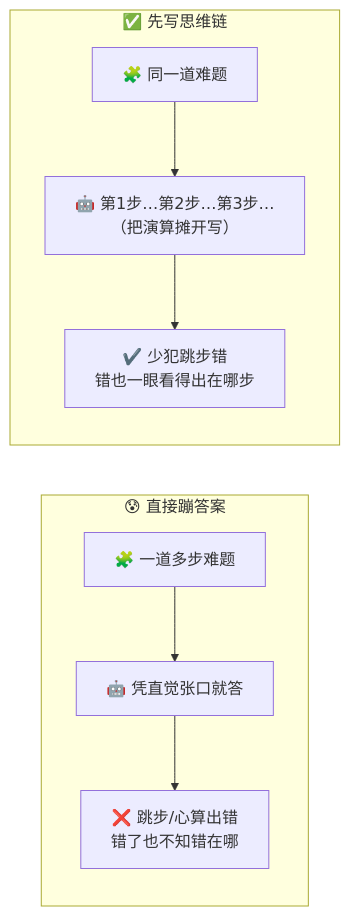
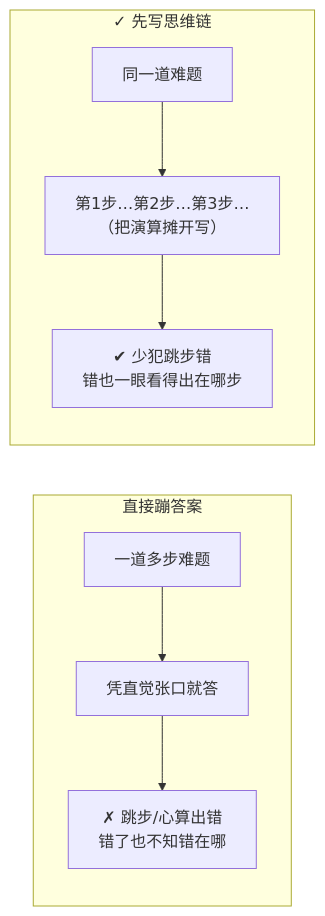
Before and after one commit to luckykhy/KhyAiHub: the first of 5 diagrams in docs/02_CONCEPTS_概念入门/CONCEPT/[CONCEPT-21] 什么是思维链-ChainOfThought.md, drawn with Mermaid. The commit also changed other lines of this file, not shown here.

````diff
--- a/docs/02_CONCEPTS_概念入门/CONCEPT/[CONCEPT-21] 什么是思维链-ChainOfThought.md
+++ b/docs/02_CONCEPTS_概念入门/CONCEPT/[CONCEPT-21] 什么是思维链-ChainOfThought.md
@@ -41,11 +41,11 @@
 ```mermaid
 flowchart LR
-  subgraph 直答["😰 直接蹦答案"]
-    Q1["🧩 一道多步难题"] --> A1["🤖 凭直觉张口就答"]
-    A1 --> BAD["❌ 跳步/心算出错<br/>错了也不知错在哪"]
+  subgraph 直答["直接蹦答案"]
+    Q1["一道多步难题"] --> A1["凭直觉张口就答"]
+    A1 --> BAD["✗ 跳步/心算出错<br/>错了也不知错在哪"]
   end
-  subgraph 链答["✅ 先写思维链"]
-    Q2["🧩 同一道难题"] --> STEP["🤖 第1步…第2步…第3步…<br/>（把演算摊开写）"]
-    STEP --> GOOD["✔️ 少犯跳步错<br/>错也一眼看得出在哪步"]
+  subgraph 链答["✓ 先写思维链"]
+    Q2["同一道难题"] --> STEP["第1步…第2步…第3步…<br/>（把演算摊开写）"]
+    STEP --> GOOD["✔ 少犯跳步错<br/>错也一眼看得出在哪步"]
   end
 ```
````
